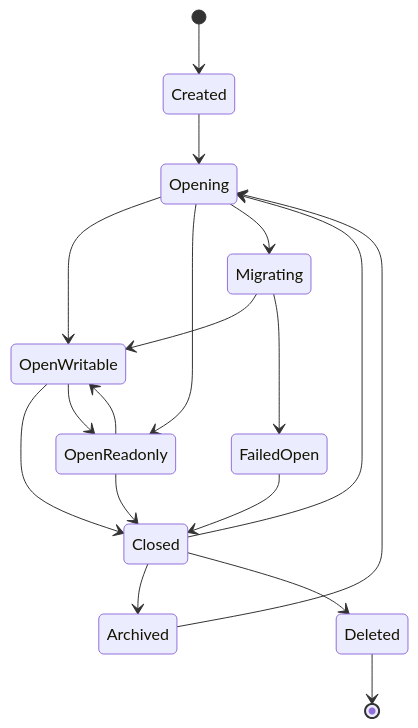
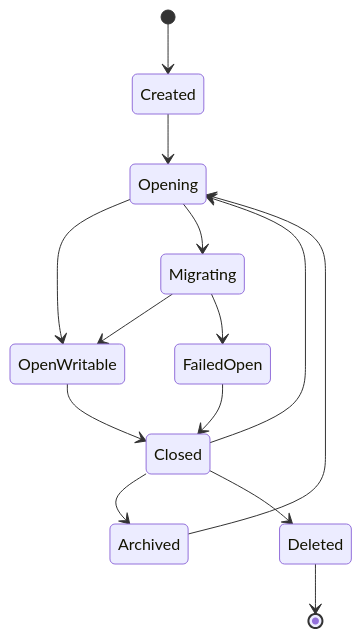
One commit to jinhuang712/open-novel changed the diagram in spec/platform/R01-project-lifecycle.md. Above: the diagram before and after it, drawn with Mermaid. The commit also changed other lines of this file and 79 other files, not shown here.

````diff
--- a/spec/platform/R01-project-lifecycle.md
+++ b/spec/platform/R01-project-lifecycle.md
@@ -7,20 +7,16 @@
 ```mermaid
 stateDiagram-v2
   [*] --> Created
   Created --> Opening
   Opening --> OpenWritable
-  Opening --> OpenReadonly
   Opening --> Migrating
   Migrating --> OpenWritable
   Migrating --> FailedOpen
   FailedOpen --> Closed
   OpenWritable --> Closed
-  OpenReadonly --> Closed
-  OpenReadonly --> OpenWritable
-  OpenWritable --> OpenReadonly
   Closed --> Opening
   Closed --> Archived
   Archived --> Opening
   Closed --> Deleted
   Deleted --> [*]
 ```
````
